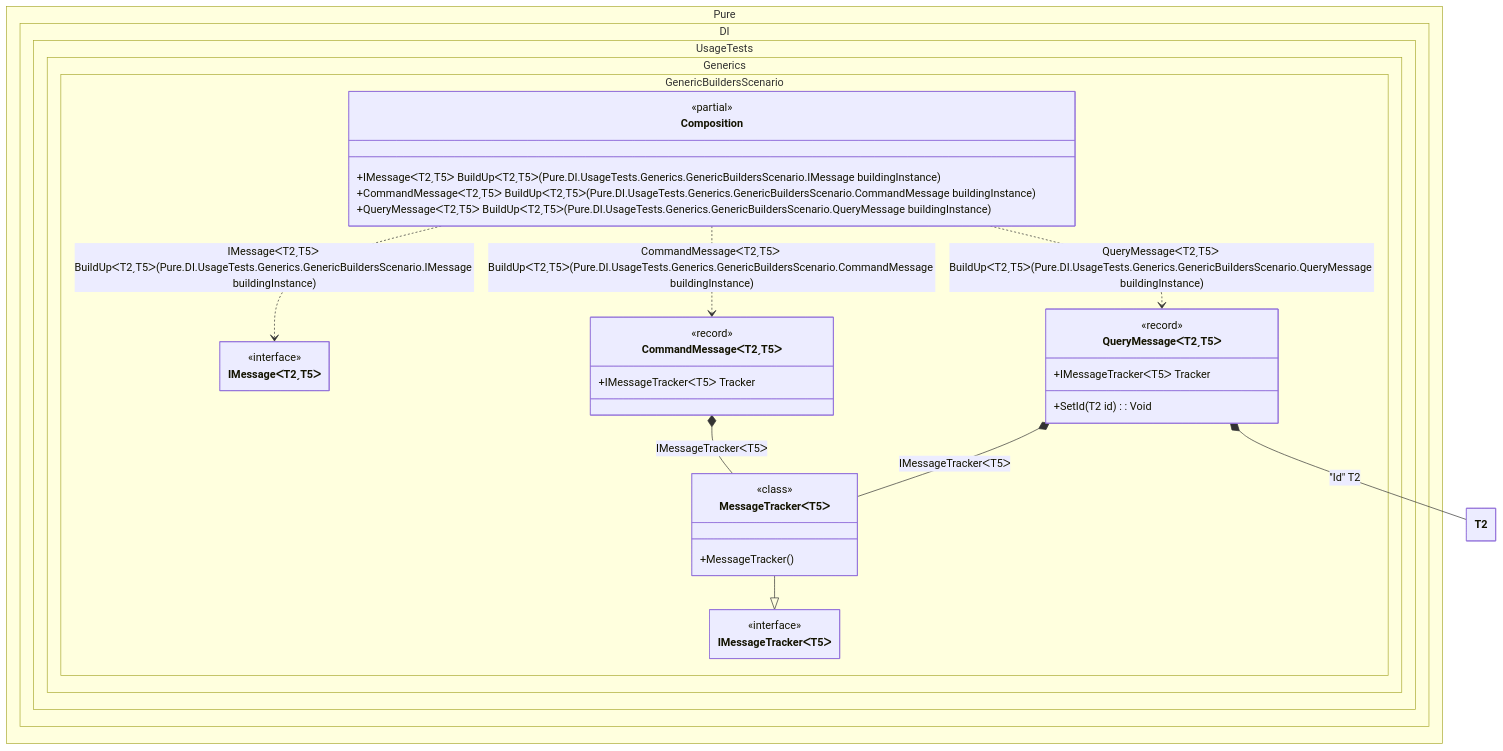
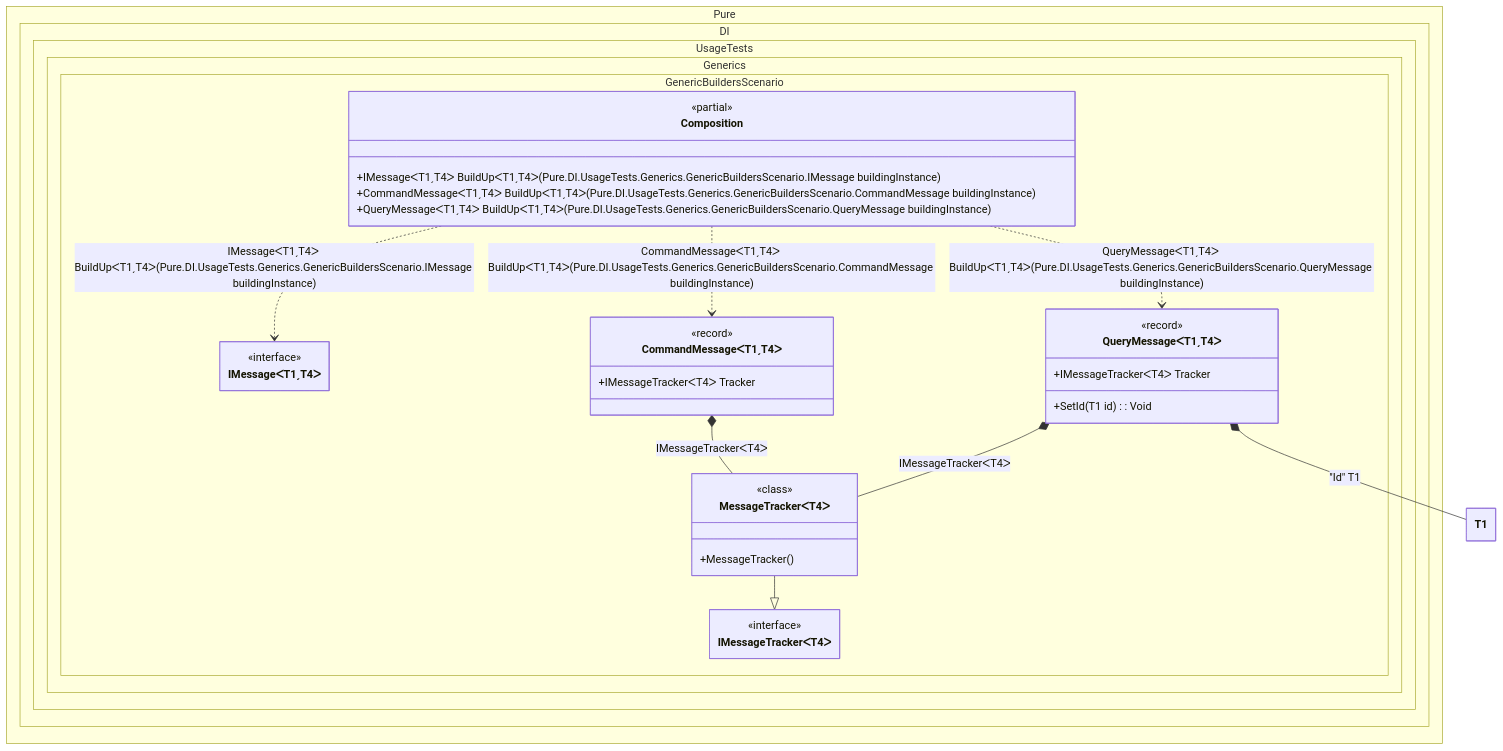
One commit to DevTeam/Pure.DI changed the diagram in readme/generic-builders.md. Above: the diagram before and after it, drawn with Mermaid. The commit also changed other lines of this file and 169 other files, not shown here.

````diff
--- a/readme/generic-builders.md
+++ b/readme/generic-builders.md
@@ -168,44 +168,44 @@
 ```mermaid
 ---
  config:
   maxTextSize: 2147483647
   maxEdges: 2147483647
   class:
    hideEmptyMembersBox: true
 ---
 classDiagram
-	MessageTrackerᐸT5ᐳ --|> IMessageTrackerᐸT5ᐳ
-	Composition ..> IMessageᐸT2ˏT5ᐳ : IMessageᐸT2ˏT5ᐳ BuildUpᐸT2ˏT5ᐳ(Pure.DI.UsageTests.Generics.GenericBuildersScenario.IMessage<T2, T5> buildingInstance)
-	Composition ..> CommandMessageᐸT2ˏT5ᐳ : CommandMessageᐸT2ˏT5ᐳ BuildUpᐸT2ˏT5ᐳ(Pure.DI.UsageTests.Generics.GenericBuildersScenario.CommandMessage<T2, T5> buildingInstance)
-	Composition ..> QueryMessageᐸT2ˏT5ᐳ : QueryMessageᐸT2ˏT5ᐳ BuildUpᐸT2ˏT5ᐳ(Pure.DI.UsageTests.Generics.GenericBuildersScenario.QueryMessage<T2, T5> buildingInstance)
-	CommandMessageᐸT2ˏT5ᐳ *--  MessageTrackerᐸT5ᐳ : IMessageTrackerᐸT5ᐳ
-	QueryMessageᐸT2ˏT5ᐳ *--  MessageTrackerᐸT5ᐳ : IMessageTrackerᐸT5ᐳ
-	QueryMessageᐸT2ˏT5ᐳ *--  T2 : "Id"  T2
+	MessageTrackerᐸT4ᐳ --|> IMessageTrackerᐸT4ᐳ
+	Composition ..> IMessageᐸT1ˏT4ᐳ : IMessageᐸT1ˏT4ᐳ BuildUpᐸT1ˏT4ᐳ(Pure.DI.UsageTests.Generics.GenericBuildersScenario.IMessage<T1, T4> buildingInstance)
+	Composition ..> CommandMessageᐸT1ˏT4ᐳ : CommandMessageᐸT1ˏT4ᐳ BuildUpᐸT1ˏT4ᐳ(Pure.DI.UsageTests.Generics.GenericBuildersScenario.CommandMessage<T1, T4> buildingInstance)
+	Composition ..> QueryMessageᐸT1ˏT4ᐳ : QueryMessageᐸT1ˏT4ᐳ BuildUpᐸT1ˏT4ᐳ(Pure.DI.UsageTests.Generics.GenericBuildersScenario.QueryMessage<T1, T4> buildingInstance)
+	CommandMessageᐸT1ˏT4ᐳ *--  MessageTrackerᐸT4ᐳ : IMessageTrackerᐸT4ᐳ
+	QueryMessageᐸT1ˏT4ᐳ *--  MessageTrackerᐸT4ᐳ : IMessageTrackerᐸT4ᐳ
+	QueryMessageᐸT1ˏT4ᐳ *--  T1 : "Id"  T1
 	namespace Pure.DI.UsageTests.Generics.GenericBuildersScenario {
-		class CommandMessageᐸT2ˏT5ᐳ {
+		class CommandMessageᐸT1ˏT4ᐳ {
 				<<record>>
-			+IMessageTrackerᐸT5ᐳ Tracker
+			+IMessageTrackerᐸT4ᐳ Tracker
 		}
 		class Composition {
 		<<partial>>
-		+IMessageᐸT2ˏT5ᐳ BuildUpᐸT2ˏT5ᐳ(Pure.DI.UsageTests.Generics.GenericBuildersScenario.IMessage<T2, T5> buildingInstance)
-		+CommandMessageᐸT2ˏT5ᐳ BuildUpᐸT2ˏT5ᐳ(Pure.DI.UsageTests.Generics.GenericBuildersScenario.CommandMessage<T2, T5> buildingInstance)
-		+QueryMessageᐸT2ˏT5ᐳ BuildUpᐸT2ˏT5ᐳ(Pure.DI.UsageTests.Generics.GenericBuildersScenario.QueryMessage<T2, T5> buildingInstance)
+		+IMessageᐸT1ˏT4ᐳ BuildUpᐸT1ˏT4ᐳ(Pure.DI.UsageTests.Generics.GenericBuildersScenario.IMessage<T1, T4> buildingInstance)
+		+CommandMessageᐸT1ˏT4ᐳ BuildUpᐸT1ˏT4ᐳ(Pure.DI.UsageTests.Generics.GenericBuildersScenario.CommandMessage<T1, T4> buildingInstance)
+		+QueryMessageᐸT1ˏT4ᐳ BuildUpᐸT1ˏT4ᐳ(Pure.DI.UsageTests.Generics.GenericBuildersScenario.QueryMessage<T1, T4> buildingInstance)
 		}
-		class IMessageTrackerᐸT5ᐳ {
+		class IMessageTrackerᐸT4ᐳ {
 			<<interface>>
 		}
-		class IMessageᐸT2ˏT5ᐳ {
+		class IMessageᐸT1ˏT4ᐳ {
 				<<interface>>
 		}
-		class MessageTrackerᐸT5ᐳ {
+		class MessageTrackerᐸT4ᐳ {
 				<<class>>
 			+MessageTracker()
 		}
-		class QueryMessageᐸT2ˏT5ᐳ {
+		class QueryMessageᐸT1ˏT4ᐳ {
 				<<record>>
-			+IMessageTrackerᐸT5ᐳ Tracker
-			+SetId(T2 id) : Void
+			+IMessageTrackerᐸT4ᐳ Tracker
+			+SetId(T1 id) : Void
 		}
 	}
 ```
````
